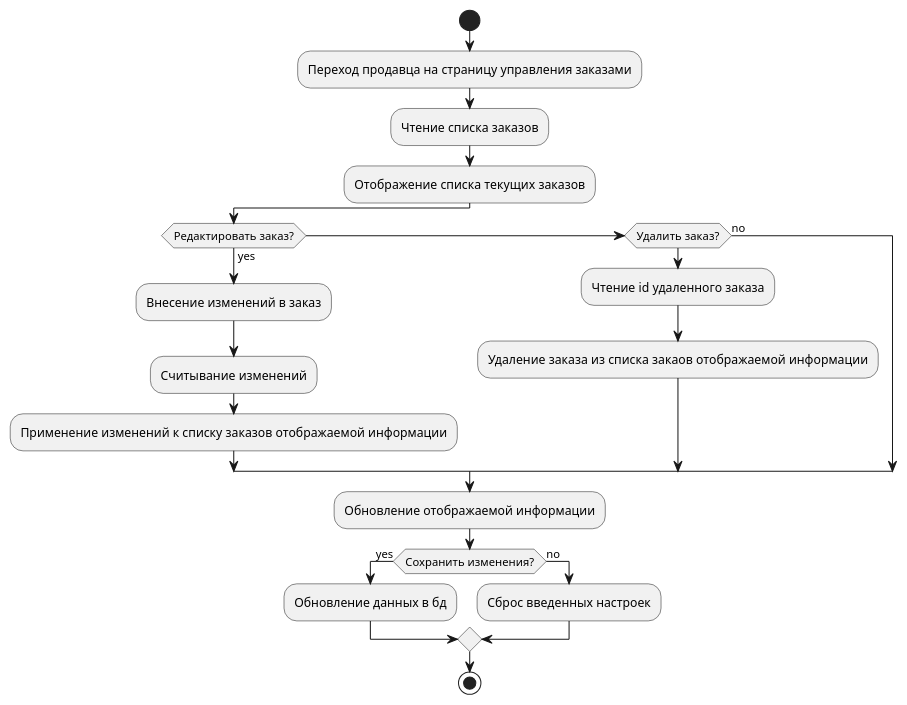
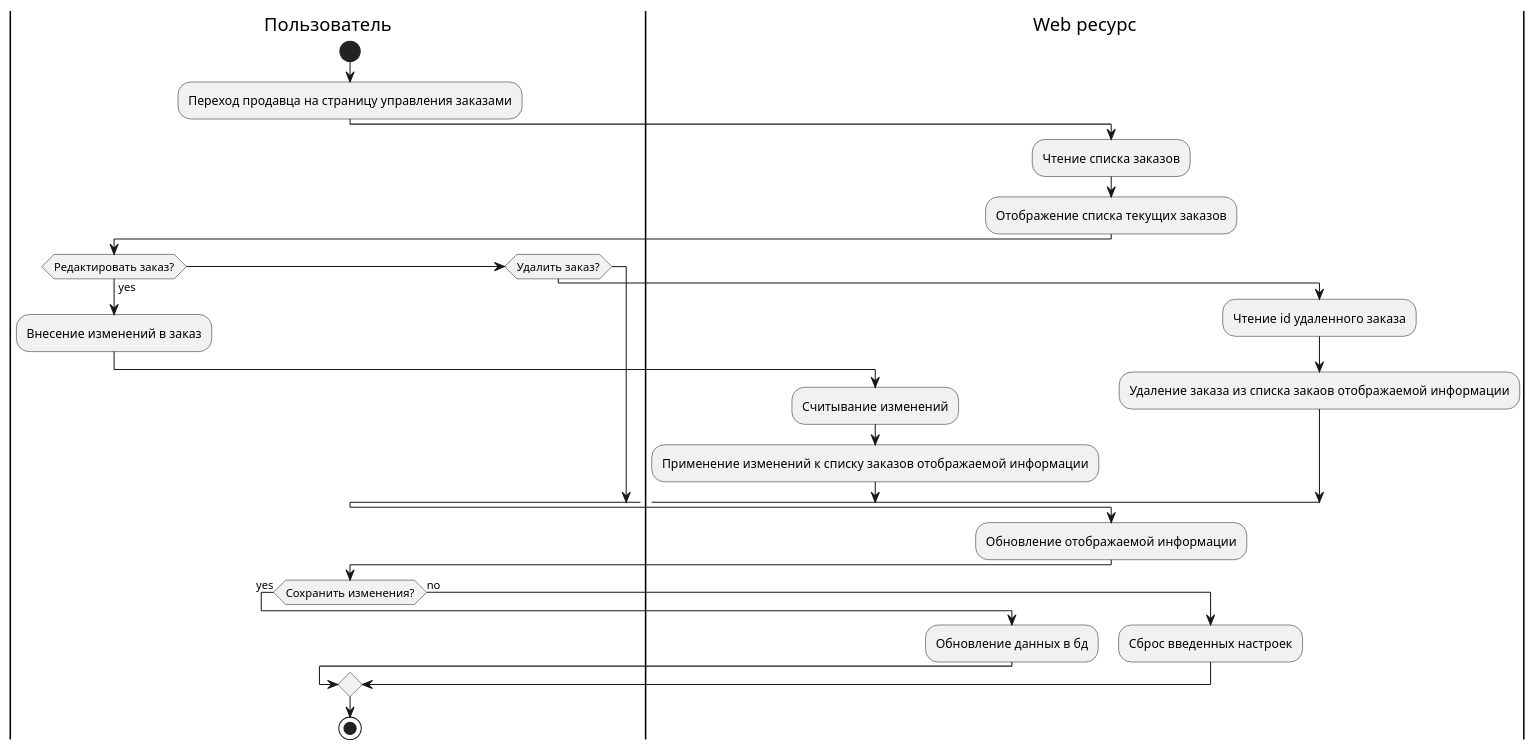
Before and after one commit to zadroshu/diagrams: the diagram in activity_diagrams/seller_manage_list_of_orders.puml, drawn with PlantUML. The commit also changed 8 other files, not shown here.

Commit message:
add Actors to activity diagrams

```diff
--- a/activity_diagrams/seller_manage_list_of_orders.puml
+++ b/activity_diagrams/seller_manage_list_of_orders.puml
@@ -1,25 +1,33 @@
 @startuml
 'https://plantuml.com/activity-diagram-beta
 
+|Пользователь|
 start
 :Переход продавца на страницу управления заказами;
+|Web ресурс|
 :Чтение списка заказов;
 :Отображение списка текущих заказов;
+|Пользователь|
 if (Редактировать заказ?) is (yes) then
   :Внесение изменений в заказ;
+  |Web ресурс|
   :Считывание изменений;
   :Применение изменений к списку заказов отображаемой информации;
 elseif (Удалить заказ?) then
+  |Web ресурс|
   :Чтение id удаленного заказа;
   :Удаление заказа из списка закаов отображаемой информации;
-else (no)
 endif
 :Обновление отображаемой информации;
+|Пользователь|
 if (Сохранить изменения?) is (yes) then
+  |Web ресурс|
   :Обновление данных в бд;
 else (no)
+  |Web ресурс|
   :Сброс введенных настроек;
+|Пользователь|
 endif
 stop
 
 @enduml
```
